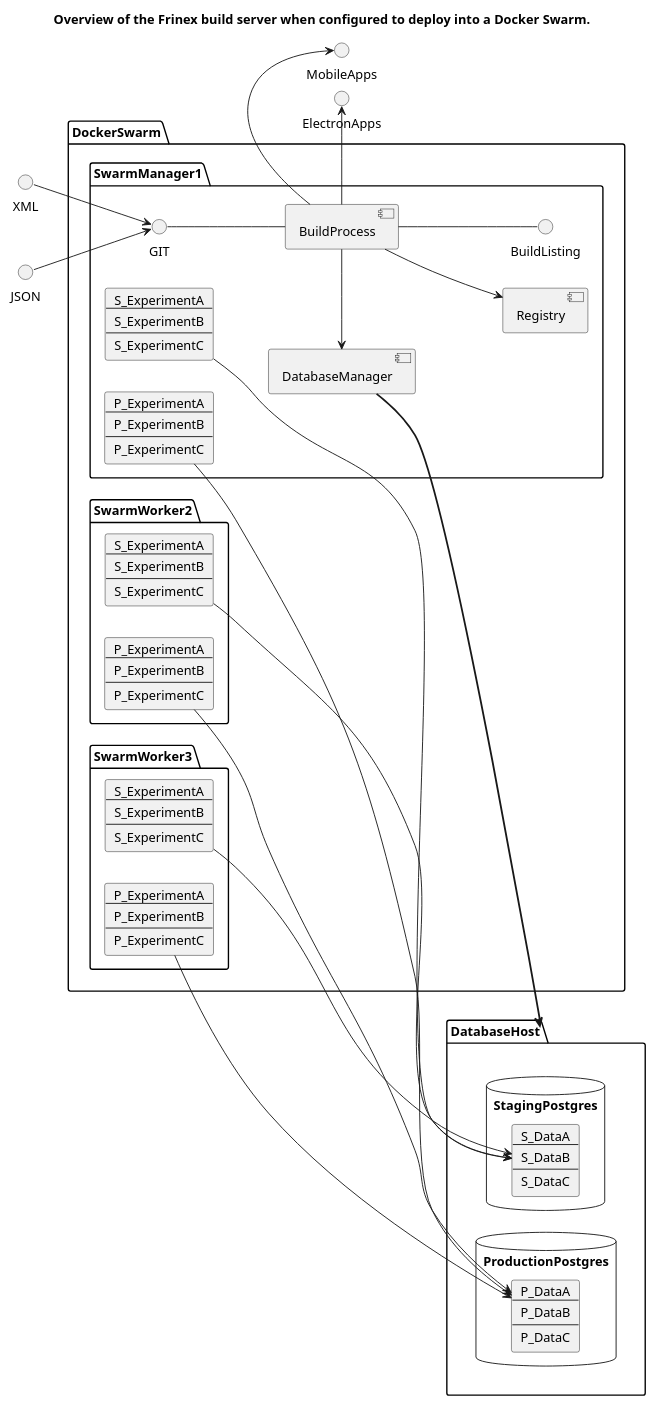
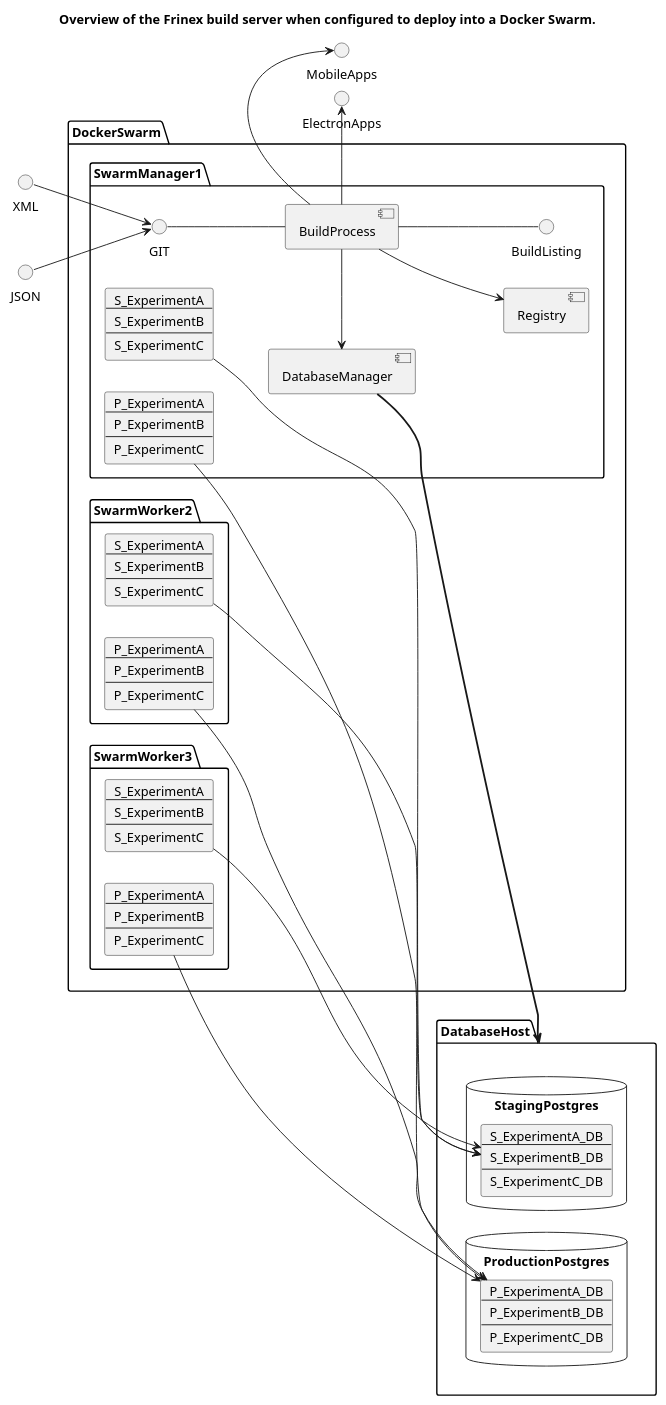
One commit to MPI-ExperimentGroup/FrinexBuildService changed the diagram in src/main/uml/DockerSwarmOverview.puml. Above: the diagram before and after it, drawn with PlantUML. The commit also changed 4 other files, not shown here.

```diff
--- a/src/main/uml/DockerSwarmOverview.puml
+++ b/src/main/uml/DockerSwarmOverview.puml
@@ -1,97 +1,97 @@
 @startuml
 title Overview of the Frinex build server when configured to deploy into a Docker Swarm.
 left to right direction
 package "DatabaseHost" {
   database "StagingPostgres" {
     card S_Postgres[
-      S_DataA
+      S_ExperimentA_DB
       ----
-      S_DataB
+      S_ExperimentB_DB
       ----
-      S_DataC
+      S_ExperimentC_DB
     ]
   }
   database "ProductionPostgres" {
     card P_Postgres [
-      P_DataA
+      P_ExperimentA_DB
       ----
-      P_DataB
+      P_ExperimentB_DB
       ----
-      P_DataC
+      P_ExperimentC_DB
     ]
   }
 }
 
 package "DockerSwarm" {
 
   package "SwarmManager1" {
     GIT -- [BuildProcess]
     [BuildProcess] -- BuildListing
     [BuildProcess] -> [DatabaseManager]
     [DatabaseManager] ==> DatabaseHost
     [Registry]
     card Staging1 [
       S_ExperimentA
       ----
       S_ExperimentB
       ----
       S_ExperimentC
     ]
     Staging1 --> S_Postgres
     card Production1 [
       P_ExperimentA
       ----
       P_ExperimentB
       ----
       P_ExperimentC
     ]
     Production1 --> P_Postgres
   }
 
   package "SwarmWorker2" {
     card Staging2 [
       S_ExperimentA
       ----
       S_ExperimentB
       ----
       S_ExperimentC
     ]
     Staging2 --> S_Postgres
     card Production2 [
       P_ExperimentA
       ----
       P_ExperimentB
       ----
       P_ExperimentC
     ]
     Production2 --> P_Postgres
   }
 
   package "SwarmWorker3" {
     card Staging3 [
       S_ExperimentA
       ----
       S_ExperimentB
       ----
       S_ExperimentC
     ]
     Staging3 --> S_Postgres
     card Production3 [
       P_ExperimentA
       ----
       P_ExperimentB
       ----
       P_ExperimentC
     ]
     Production3 --> P_Postgres
   }
 }
 
 XML --> GIT
 JSON --> GIT
 
 BuildProcess -ri-> ElectronApps
 BuildProcess -ri-> MobileApps
 
 BuildProcess --> Registry
 @enduml
```
